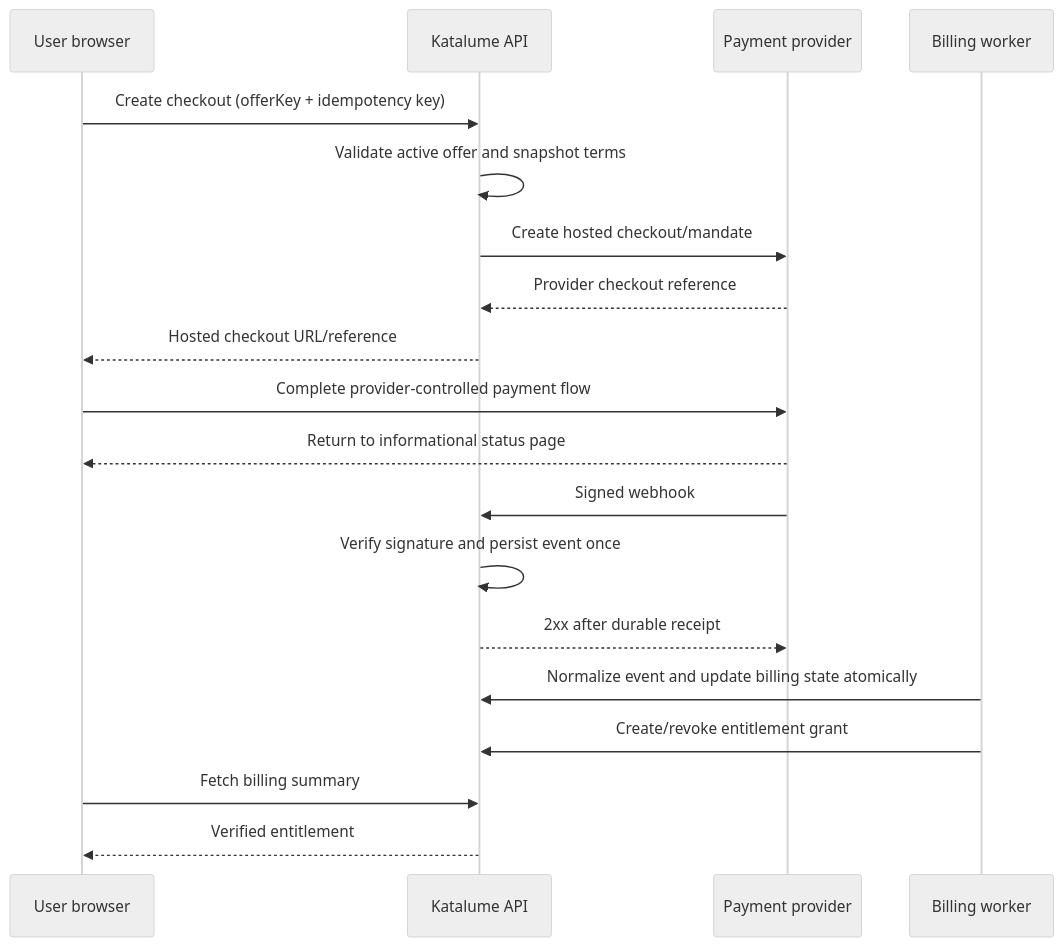
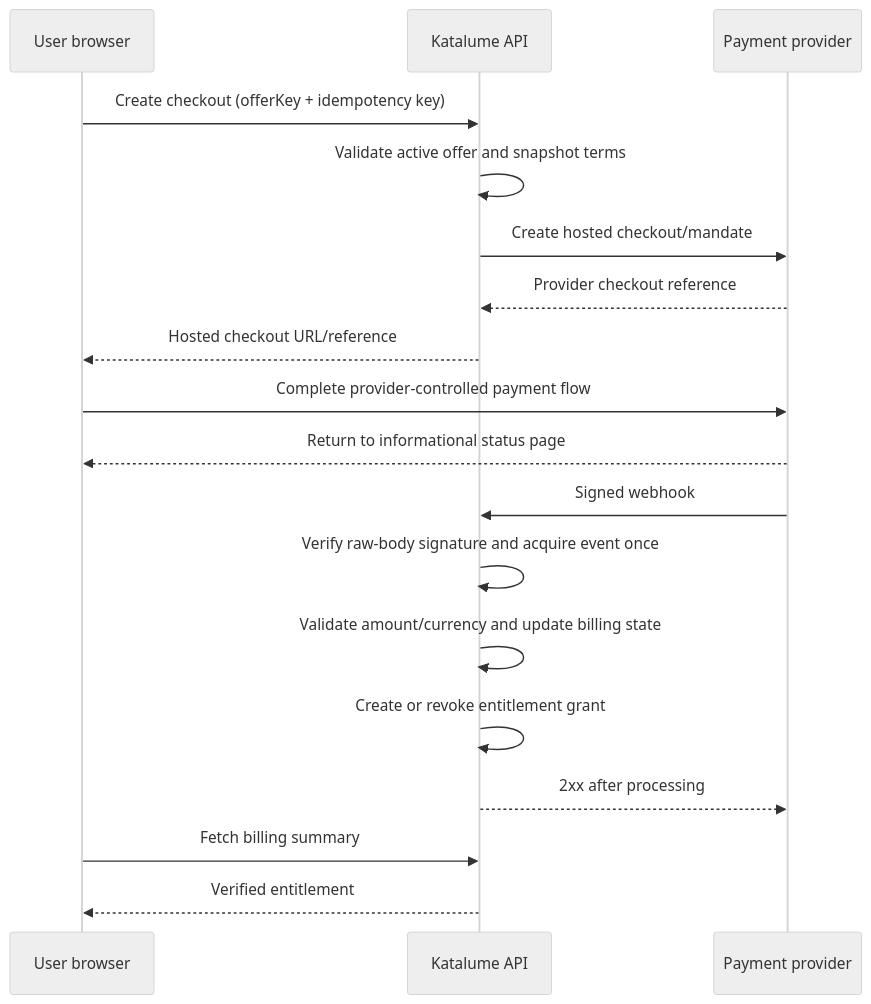
One commit to Katalume/documentation changed the diagram in docs/architecture/subscriptions.md. Above: the diagram before and after it, drawn with Mermaid (neutral theme). The commit also changed other lines of this file and 8 other files, not shown here.

````diff
--- a/docs/architecture/subscriptions.md
+++ b/docs/architecture/subscriptions.md
@@ -228,22 +249,21 @@
 ```mermaid
 sequenceDiagram
     participant U as User browser
     participant K as Katalume API
     participant P as Payment provider
-    participant W as Billing worker
 
     U->>K: Create checkout (offerKey + idempotency key)
     K->>K: Validate active offer and snapshot terms
     K->>P: Create hosted checkout/mandate
     P-->>K: Provider checkout reference
     K-->>U: Hosted checkout URL/reference
     U->>P: Complete provider-controlled payment flow
     P-->>U: Return to informational status page
     P->>K: Signed webhook
-    K->>K: Verify signature and persist event once
-    K-->>P: 2xx after durable receipt
-    W->>K: Normalize event and update billing state atomically
-    W->>K: Create/revoke entitlement grant
+    K->>K: Verify raw-body signature and acquire event once
+    K->>K: Validate amount/currency and update billing state
+    K->>K: Create or revoke entitlement grant
+    K-->>P: 2xx after processing
     U->>K: Fetch billing summary
     K-->>U: Verified entitlement
 ```
````
